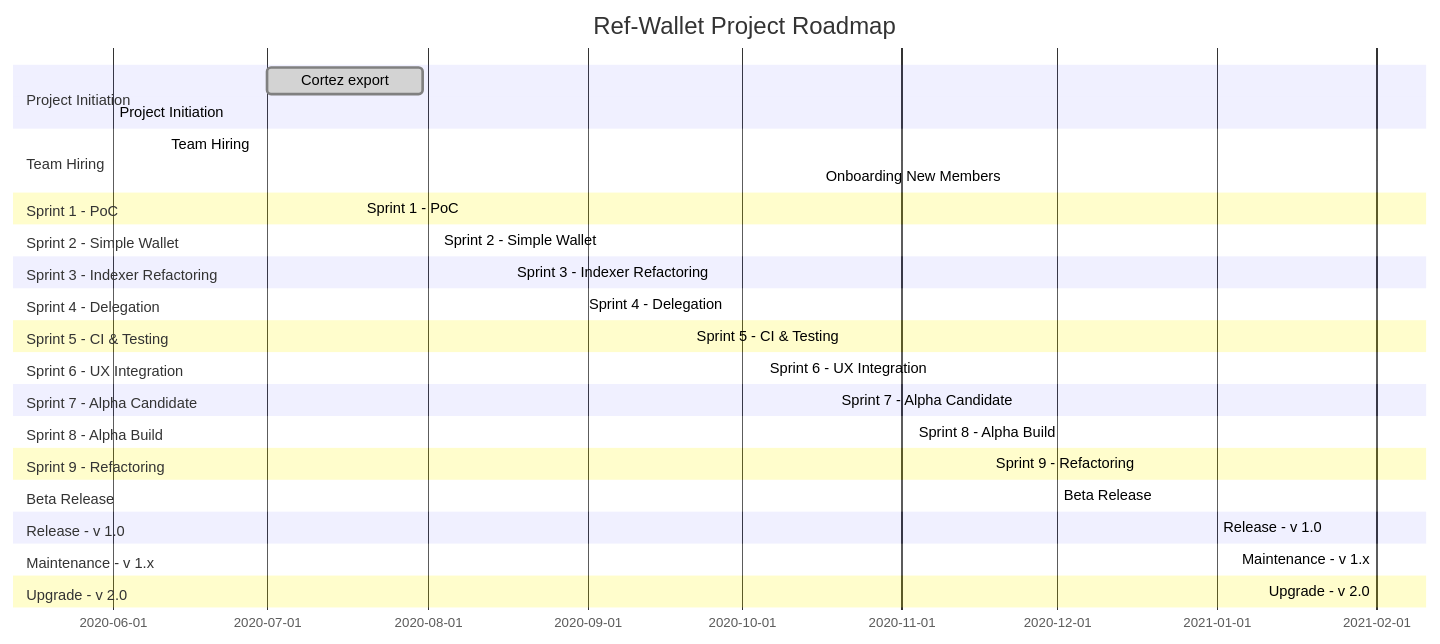
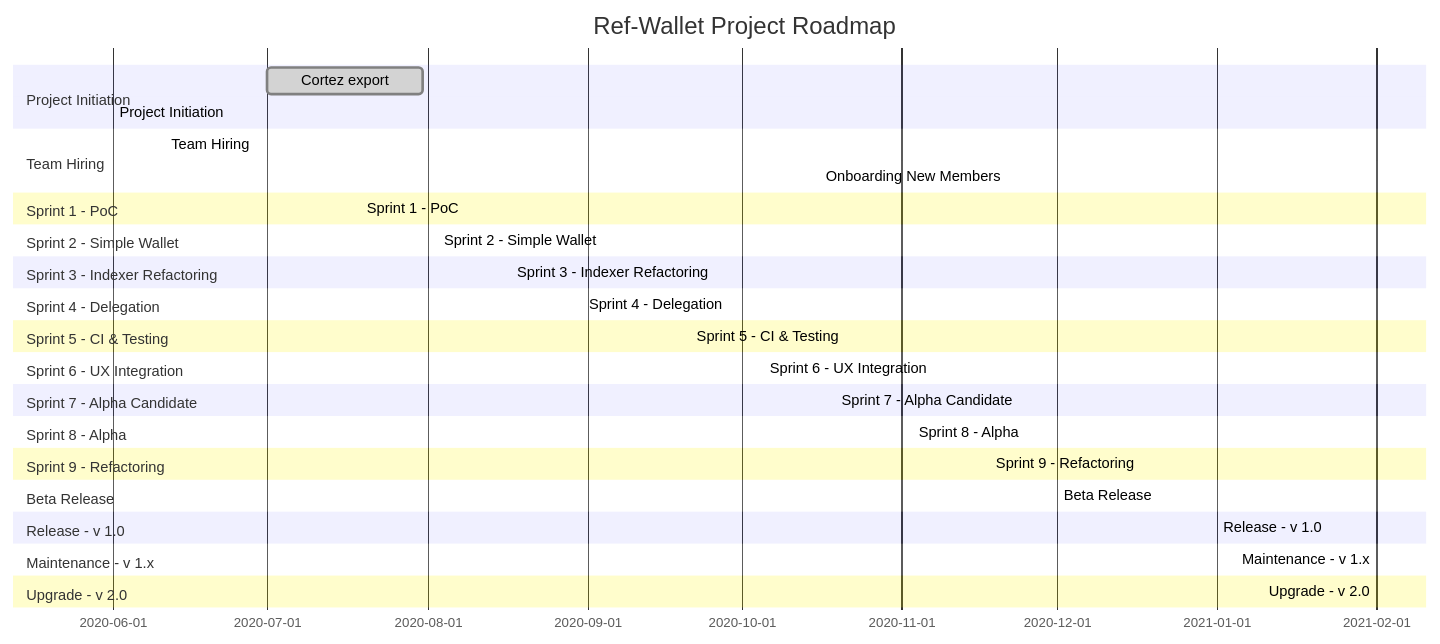
The diagram in docs/operative/project_plan.md (trilitech/umami-v1), drawn with Mermaid before and after one commit.

````diff
--- a/docs/operative/project_plan.md
+++ b/docs/operative/project_plan.md
@@ -35,36 +35,36 @@
 ```mermaid
 gantt
     title Ref-Wallet Project Roadmap
     section Project Initiation
     Cortez export                                     :done  , 2020-07-01 , 30d
     Project Initiation                                :done  , 2020-06-01, 2020-07-13
     section Team Hiring
     Team Hiring                                       :done  , 2020-06-11, 2020-09-01
     Onboarding New Members                            :done  , 2020-10-16, 2020-11-01
     section Sprint 1 - PoC
     Sprint 1 - PoC                                    :done  , 2020-07-19, 2020-07-31
     section Sprint 2 - Simple Wallet
     Sprint 2 - Simple Wallet                          :done  , 2020-08-03, 2020-08-14
     section Sprint 3 - Indexer Refactoring
     Sprint 3 - Indexer Refactoring                    :done  , 2020-08-17, 2020-08-28
     section Sprint 4 - Delegation
     Sprint 4 - Delegation                             :done  , 2020-08-31, 2020-09-18
     section Sprint 5 - CI & Testing
     Sprint 5 - CI & Testing                           :done  , 2020-09-21, 2020-10-02
     section Sprint 6 - UX Integration
     Sprint 6 - UX Integration                         :done  , 2020-10-05, 2020-10-16
     section Sprint 7 - Alpha Candidate
     Sprint 7 - Alpha Candidate                        :done  , 2020-10-19, 2020-10-30
-    section Sprint 8 - Alpha Build
-    Sprint 8 - Alpha Build                            :active, 2020-11-03, 2020-11-15
+    section Sprint 8 - Alpha
+    Sprint 8 - Alpha                                  :done, 2020-11-03, 2020-11-15
     section Sprint 9 - Refactoring
     Sprint 9 - Refactoring                            :active, 2020-11-18, 2020-11-30
     section Beta Release
     Beta Release                                      :active, 2020-12-01, 2020-12-31
     section Release - v 1.0
     Release - v 1.0                                   :active, 2021-01-01, 2021-02-01
     section Maintenance - v 1.x
     Maintenance - v 1.x                               :active, 2021-02-01, 2021-05-01
     section Upgrade - v 2.0
     Upgrade - v 2.0                                   :active, 2021-02-01, 2021-05-01
 ```
````
